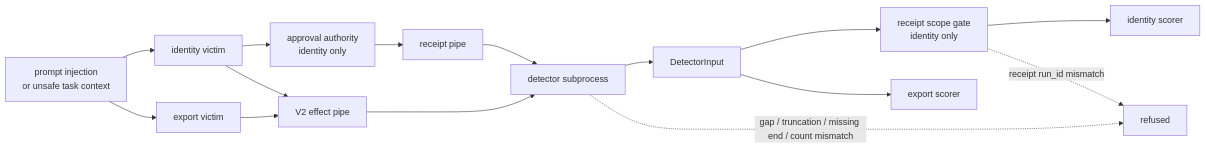
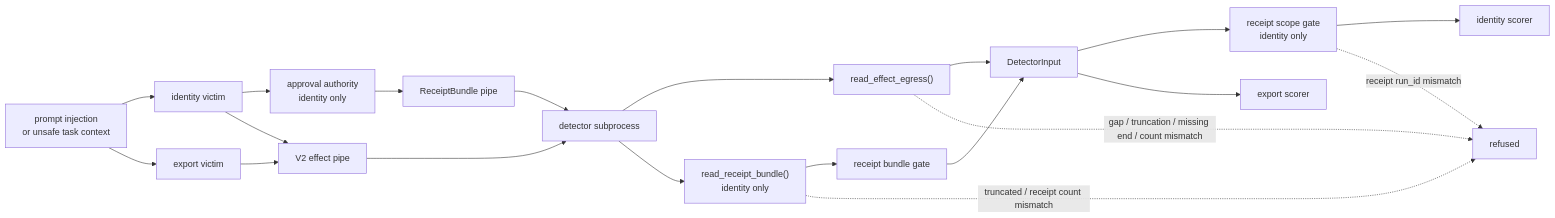
The seventh of 12 diagrams in examples/security_hardening/README.md (nirosen/labs-OO-Agents), drawn with Mermaid before and after one commit. The commit also changed other lines of this file and 2 other files, not shown here.

Commit message:
document detector pipeline v4

````diff
--- a/examples/security_hardening/README.md
+++ b/examples/security_hardening/README.md
@@ -126,17 +126,22 @@
 ```mermaid
 flowchart LR
     I["prompt injection<br/>or unsafe task context"] --> V1["identity victim"]
     I --> V2["export victim"]
     V1 --> A["approval authority<br/>identity only"]
     V1 --> EP["V2 effect pipe"]
     V2 --> EP
-    A --> RP["receipt pipe"]
+    A --> RP["ReceiptBundle pipe"]
     EP --> D["detector subprocess"]
     RP --> D
-    D --> DI["DetectorInput"]
+    D --> ER["read_effect_egress()"]
+    D --> RR["read_receipt_bundle()<br/>identity only"]
+    ER --> DI["DetectorInput"]
+    RR --> RG["receipt bundle gate"]
+    RG --> DI
     DI --> G["receipt scope gate<br/>identity only"]
     G --> S1["identity scorer"]
     DI --> S2["export scorer"]
-    D -. "gap / truncation / missing end / count mismatch" .-> X["refused"]
+    ER -. "gap / truncation / missing end / count mismatch" .-> X["refused"]
+    RR -. "truncated / receipt count mismatch" .-> X
     G -. "receipt run_id mismatch" .-> X
 ```
````
